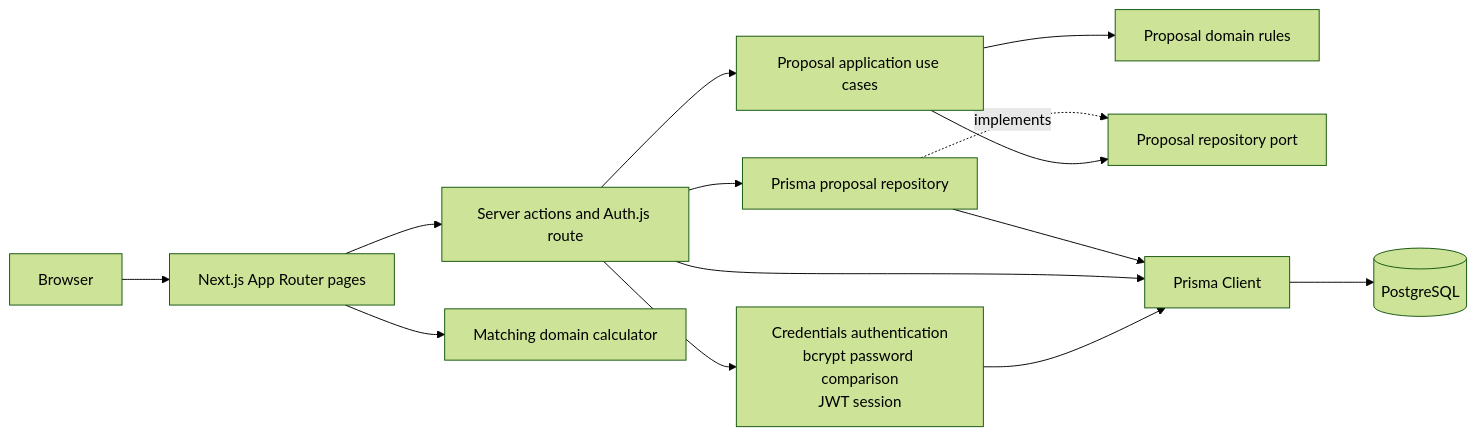
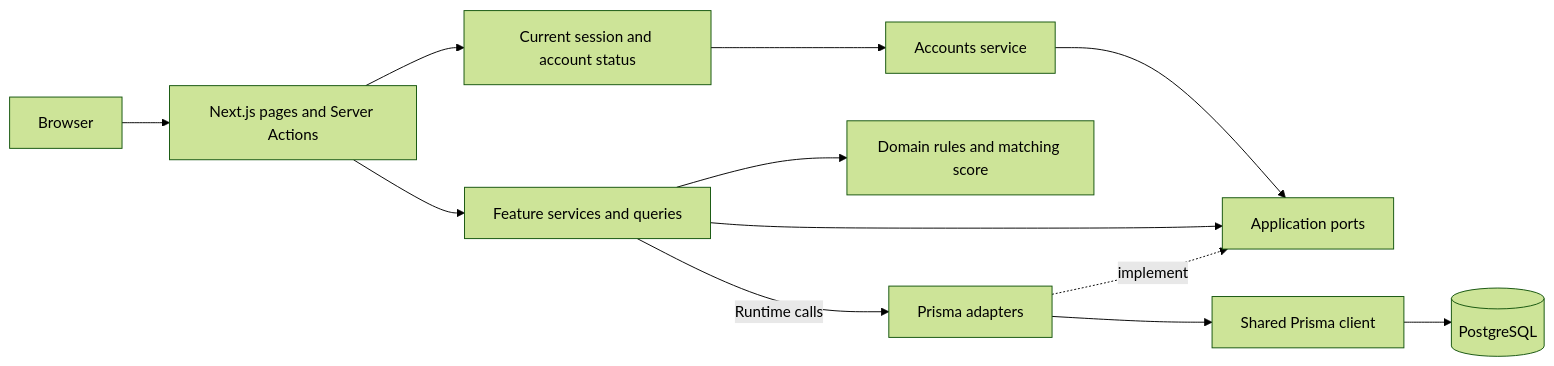
The second of 2 diagrams in README.md (SouheilMs/CampusConnect), drawn with Mermaid (forest theme) before and after one commit. The commit also changed other lines of this file and 45 other files, not shown here.

````diff
--- a/README.md
+++ b/README.md
@@ -100,28 +95,14 @@
 ```mermaid
 flowchart LR
-    Browser[Browser]
-    Pages[Next.js App Router pages]
-    Actions[Server actions and Auth.js route]
-    Auth[Credentials authentication<br/>bcrypt password comparison<br/>JWT session]
-    UseCases[Proposal application use cases]
-    Rules[Proposal domain rules]
-    Ports[Proposal repository port]
-    Adapter[Prisma proposal repository]
-    Matching[Matching domain calculator]
-    Prisma[Prisma Client]
-    DB[(PostgreSQL)]
-
-    Browser --> Pages
-    Pages --> Actions
-    Actions --> Auth
-    Auth --> Prisma
-    Actions --> UseCases
-    UseCases --> Rules
-    UseCases --> Ports
-    Adapter -. implements .-> Ports
-    Actions --> Adapter
-    Pages --> Matching
-    Actions --> Prisma
-    Adapter --> Prisma
-    Prisma --> DB
+    Browser[Browser] --> Routes[Next.js pages and Server Actions]
+    Routes --> Access[Current session and account status]
+    Routes --> Services[Feature services and queries]
+    Access --> Accounts[Accounts service]
+    Accounts --> Ports[Application ports]
+    Services --> Ports
+    Services --> Rules[Domain rules and matching score]
+    Adapters[Prisma adapters] -. implement .-> Ports
+    Services -->|Runtime calls| Adapters
+    Adapters --> Prisma[Shared Prisma client]
+    Prisma --> DB[(PostgreSQL)]
 ```
````
